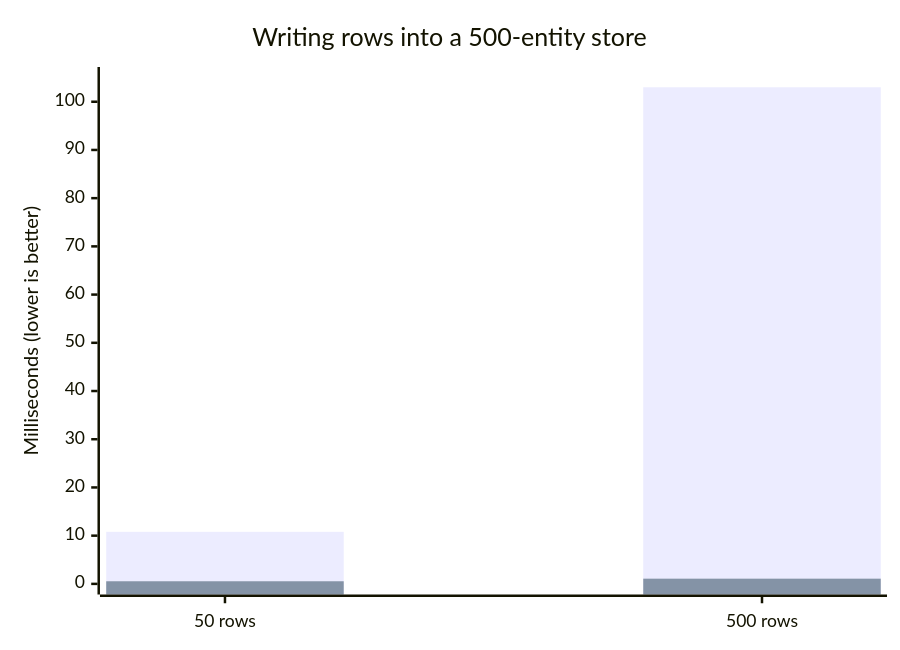
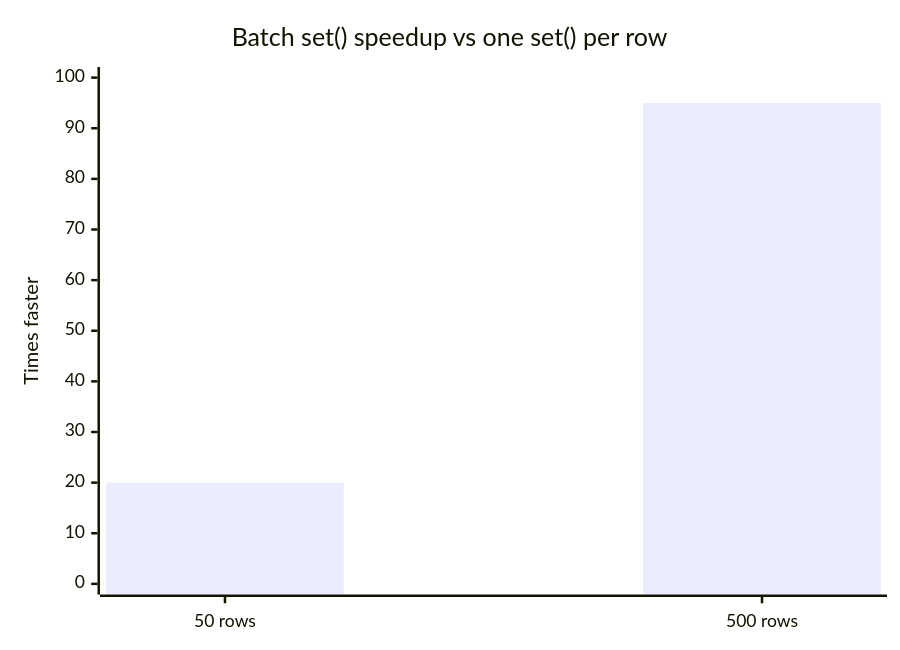
Before and after one commit to reactive/data-client: the diagram in website/blog/2026-10-03-v0.19-batch-set.md, drawn with Mermaid. The commit also changed other lines of this file, not shown here.

````diff
--- a/website/blog/2026-10-03-v0.19-batch-set.md
+++ b/website/blog/2026-10-03-v0.19-batch-set.md
@@ -81,8 +154,7 @@
 ```mermaid
 xychart-beta
-    title "Writing rows into a 500-entity store"
+    title "Batch set() speedup vs one set() per row"
     x-axis ["50 rows", "500 rows"]
-    y-axis "Milliseconds (lower is better)" 0 --> 105
-    bar [10.8, 103]
-    bar [0.54, 1.08]
+    y-axis "Times faster" 0 --> 100
+    bar [20, 95]
 ```
````
